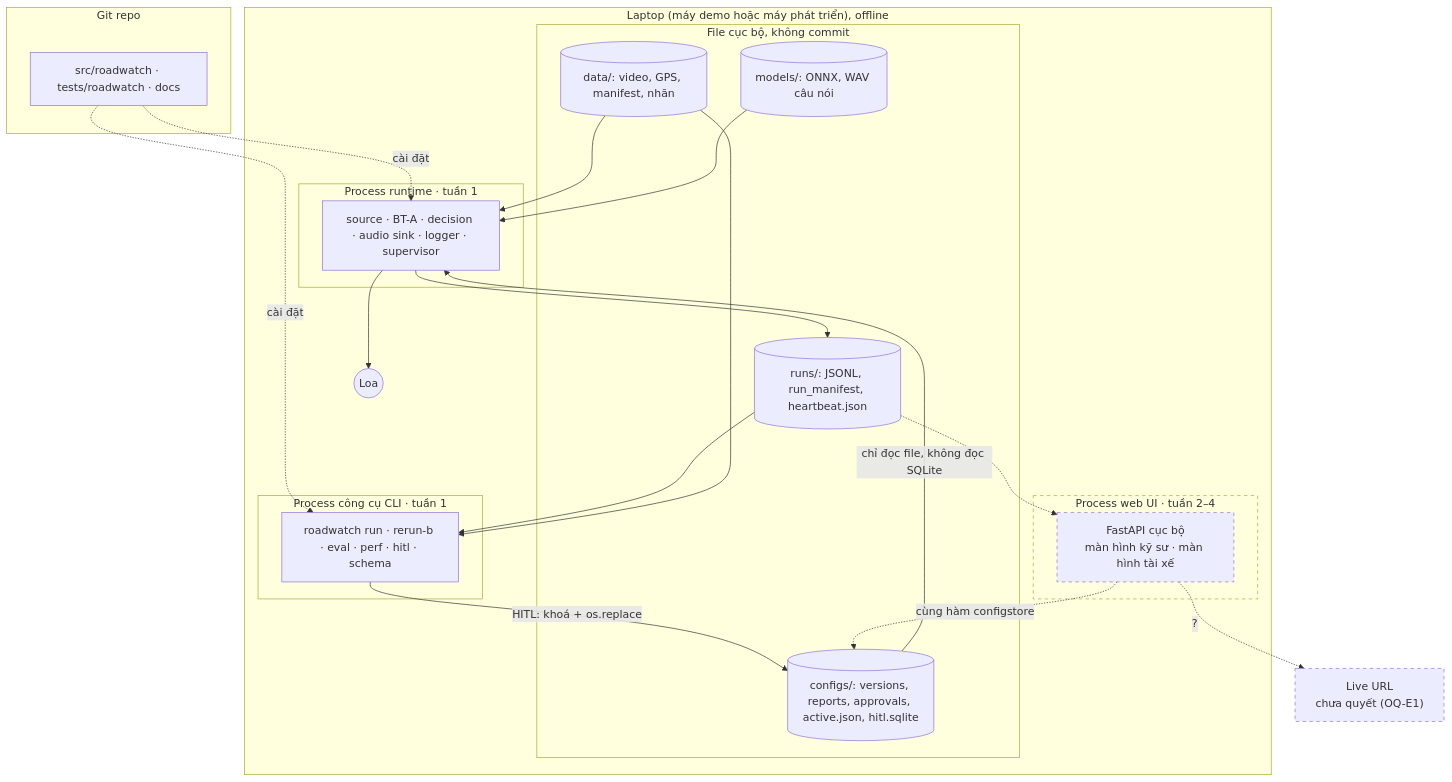
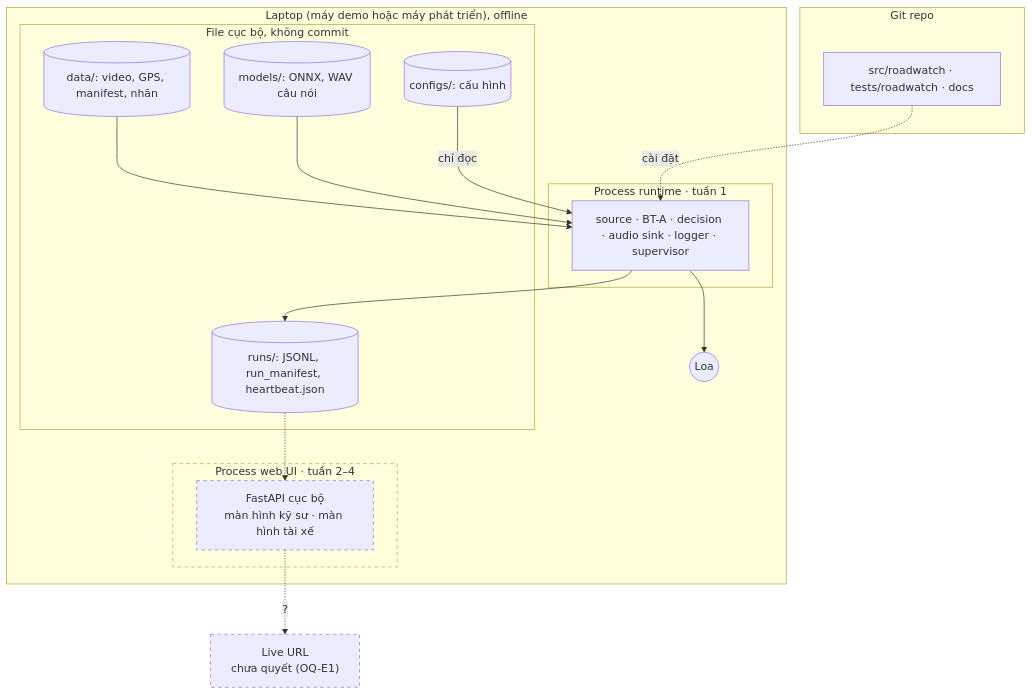
The fourth of 4 diagrams in docs/architecture_diagram.md (NguyenTuan-UET/roadwatch_copilot), drawn with Mermaid before and after one commit. The commit also changed other lines of this file and 29 other files, not shown here.

First line of the commit message:
docs: offline on-device run, eval/ layout, final-week journal

````diff
--- a/docs/architecture_diagram.md
+++ b/docs/architecture_diagram.md
@@ -248,43 +164,35 @@
 ```mermaid
 flowchart TB
   subgraph LAP["Laptop (máy demo hoặc máy phát triển), offline"]
     subgraph PRT["Process runtime · tuần 1"]
       RTN["source · BT-A · decision · audio sink · logger · supervisor"]
-    end
-    subgraph PCLI["Process công cụ CLI · tuần 1"]
-      CLI["roadwatch run · rerun-b · eval · perf · hitl · schema"]
     end
     subgraph PWEB["Process web UI · tuần 2–4"]
       WEB["FastAPI cục bộ<br/>màn hình kỹ sư · màn hình tài xế"]
     end
     subgraph FS["File cục bộ, không commit"]
       DATA[("data/: video, GPS, manifest, nhãn")]
       MOD[("models/: ONNX, WAV câu nói")]
-      CONF[("configs/: versions, reports, approvals, active.json, hitl.sqlite")]
+      CONF[("configs/: cấu hình")]
       RUNS[("runs/: JSONL, run_manifest, heartbeat.json")]
     end
     SPK(("Loa"))
   end
   subgraph GIT["Git repo"]
     CODE["src/roadwatch · tests/roadwatch · docs"]
   end
   NET["Live URL<br/>chưa quyết (OQ-E1)"]
 
   DATA --> RTN
   MOD --> RTN
-  CONF -- "chỉ đọc file, không đọc SQLite" --> RTN
+  CONF -- "chỉ đọc" --> RTN
   RTN --> RUNS
   RTN --> SPK
-  RUNS --> CLI
-  DATA --> CLI
-  CLI -- "HITL: khoá + os.replace" --> CONF
   RUNS -.-> WEB
-  WEB -. "cùng hàm configstore" .-> CONF
   CODE -. "cài đặt" .-> RTN
-  CODE -. "cài đặt" .-> CLI
   WEB -. "?" .-> NET
 
   style PWEB stroke-dasharray: 5 5
   classDef ext stroke-dasharray: 5 5
   class WEB,NET ext
 ```
````
